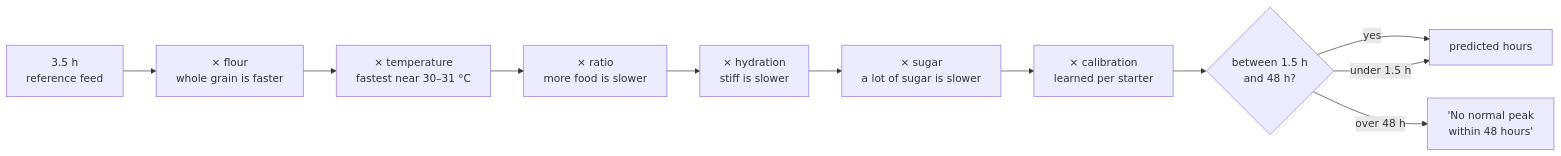
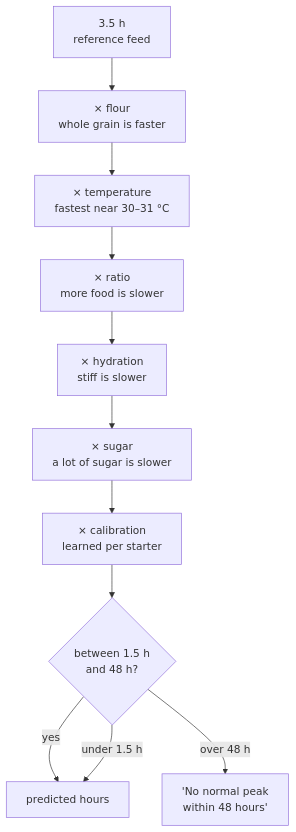
The second of 4 diagrams in docs/fermentation-model.md (bendfeldt/sourdoughpeakplanner-ff7502f5), drawn with Mermaid before and after one commit. The commit also changed 20 other files, not shown here.

````diff
--- a/docs/fermentation-model.md
+++ b/docs/fermentation-model.md
@@ -37,18 +37,18 @@
 ```mermaid
-flowchart LR
+flowchart TB
     base["3.5 h<br/>reference feed"]
     flour["× flour<br/>whole grain is faster"]
     temp["× temperature<br/>fastest near 30–31 °C"]
     ratio["× ratio<br/>more food is slower"]
     hyd["× hydration<br/>stiff is slower"]
     sugar["× sugar<br/>a lot of sugar is slower"]
     cal["× calibration<br/>learned per starter"]
     clamp{"between 1.5 h<br/>and 48 h?"}
     out["predicted hours"]
     none["'No normal peak<br/>within 48 hours'"]
 
     base --> flour --> temp --> ratio --> hyd --> sugar --> cal --> clamp
     clamp -- yes --> out
     clamp -- "under 1.5 h" --> out
     clamp -- "over 48 h" --> none
 ```
````
